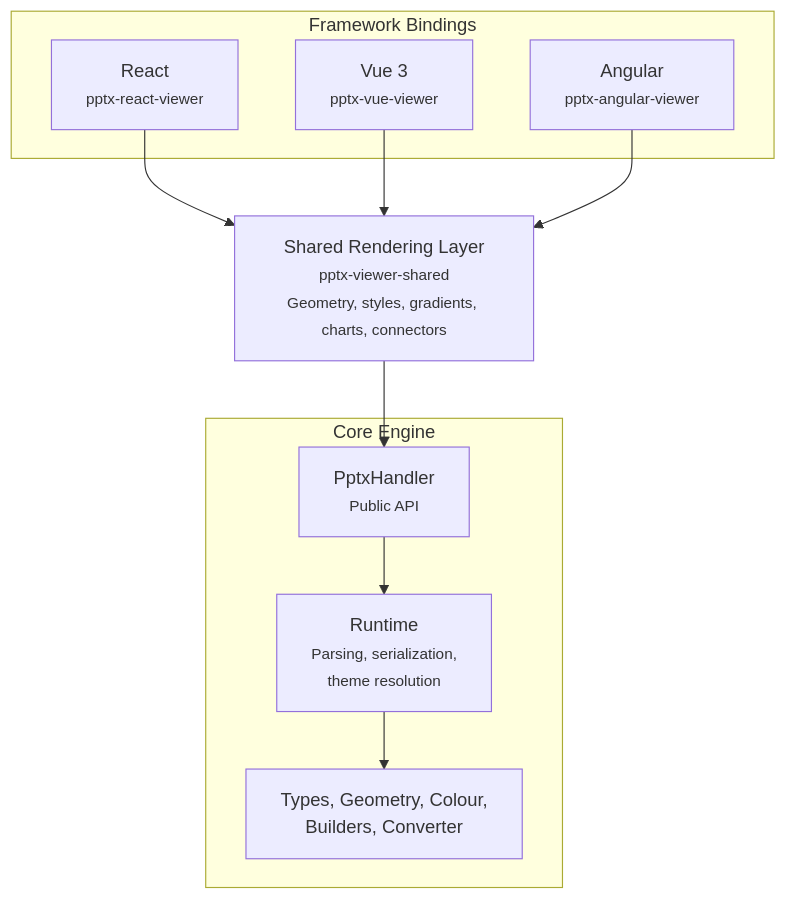
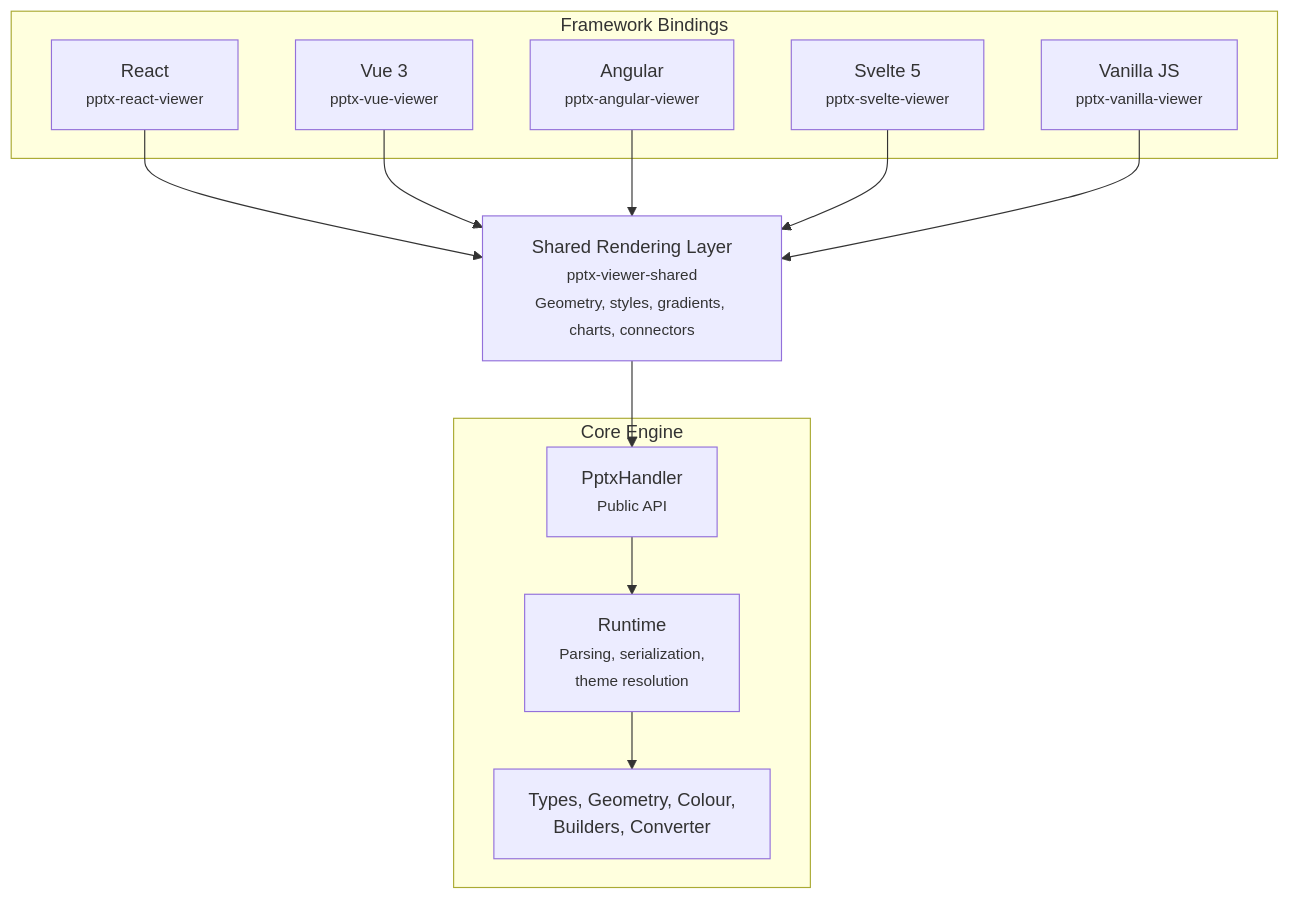
The first of 3 diagrams in docs/guide/architecture.md (ChristopherVR/pptx-viewer), drawn with Mermaid before and after one commit. The commit also changed other lines of this file and 10 other files, not shown here.

First line of the commit message:
docs: correct stale vanilla/svelte docs and add both bindings to core guide

````diff
--- a/docs/guide/architecture.md
+++ b/docs/guide/architecture.md
@@ -12,23 +12,27 @@
 ```mermaid
 graph TD
     subgraph Bindings["Framework Bindings"]
         React["React<br/><small>pptx-react-viewer</small>"]
         Vue["Vue 3<br/><small>pptx-vue-viewer</small>"]
         Angular["Angular<br/><small>pptx-angular-viewer</small>"]
+        Svelte["Svelte 5<br/><small>pptx-svelte-viewer</small>"]
+        Vanilla["Vanilla JS<br/><small>pptx-vanilla-viewer</small>"]
     end
 
     Shared["Shared Rendering Layer<br/><small>pptx-viewer-shared</small><br/><small>Geometry, styles, gradients, charts, connectors</small>"]
 
     subgraph Core["Core Engine"]
         Handler["PptxHandler<br/><small>Public API</small>"]
         Runtime["Runtime<br/><small>Parsing, serialization,<br/>theme resolution</small>"]
         Subsystems["Types, Geometry, Colour,<br/>Builders, Converter"]
     end
 
     React --> Shared
     Vue --> Shared
     Angular --> Shared
+    Svelte --> Shared
+    Vanilla --> Shared
     Shared --> Handler
     Handler --> Runtime
     Runtime --> Subsystems
 ```
````
